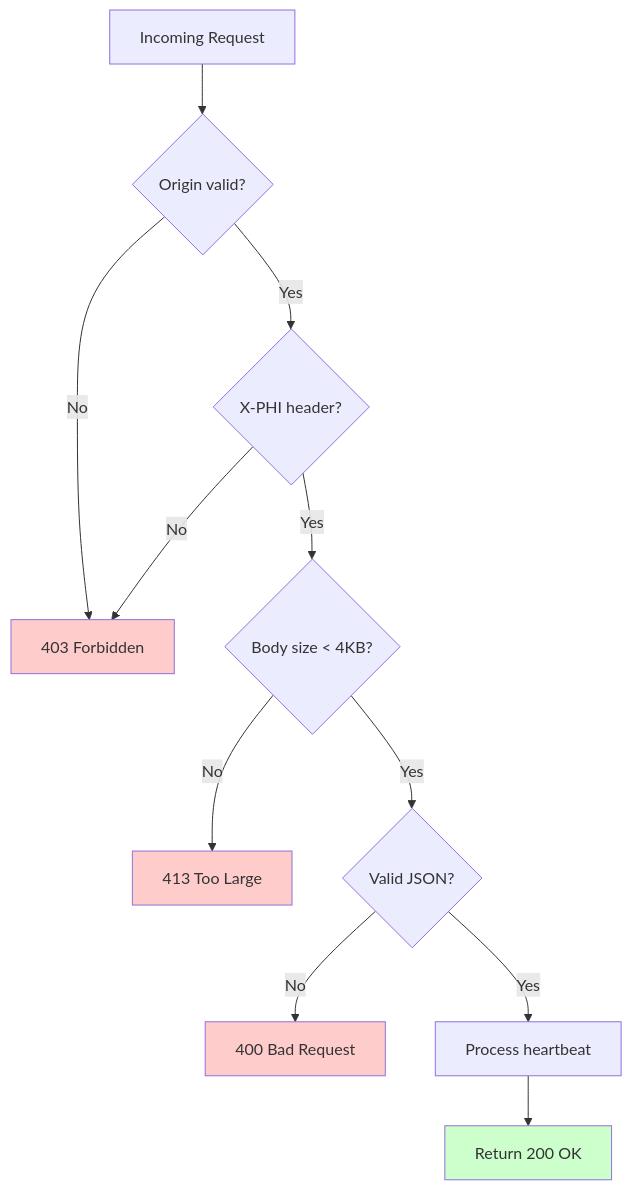
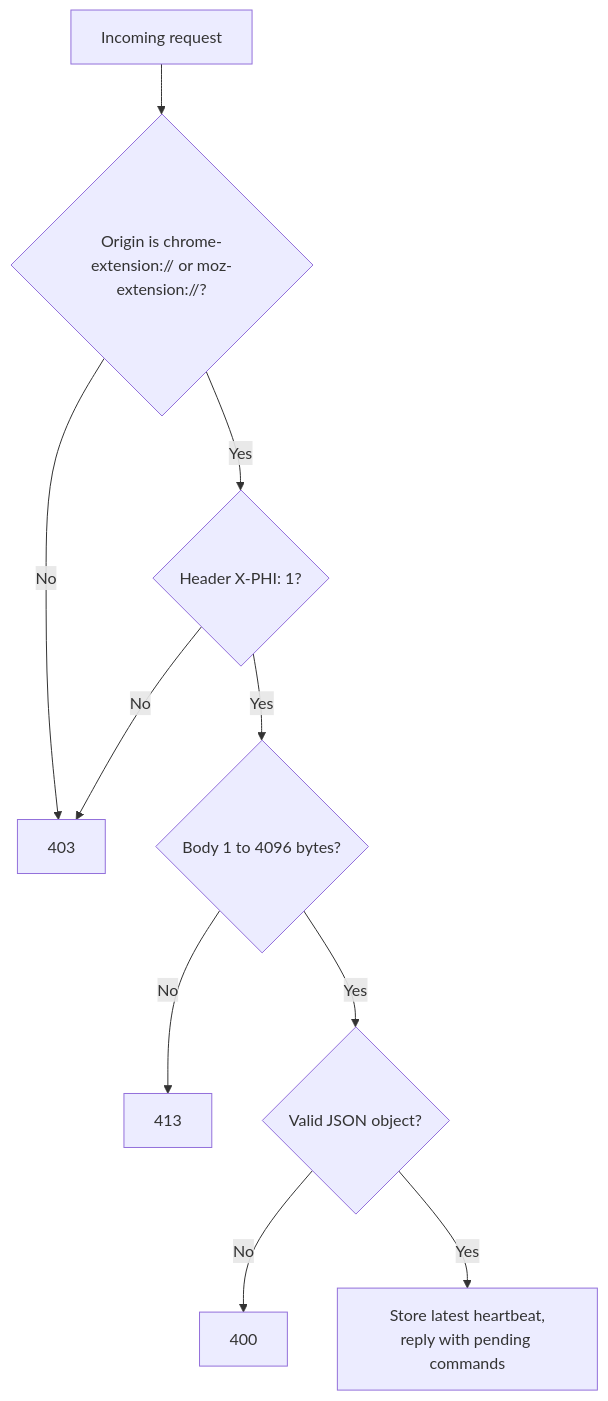
The ninth of 9 diagrams in README.md (Abubakkar-Khan/PHI), drawn with Mermaid before and after one commit. The commit also changed other lines of this file and 9 other files, not shown here.

````diff
--- a/README.md
+++ b/README.md
@@ -663,18 +458,12 @@
 ```mermaid
 flowchart TD
-    A[Incoming Request] --> B{Origin valid?}
-    B -->|No| C[403 Forbidden]
-    B -->|Yes| D{X-PHI header?}
+    A["Incoming request"] --> B{"Origin is chrome-extension:// or moz-extension://?"}
+    B -->|No| C["403"]
+    B -->|Yes| D{"Header X-PHI: 1?"}
     D -->|No| C
-    D -->|Yes| E{Body size < 4KB?}
-    E -->|No| F[413 Too Large]
-    E -->|Yes| G{Valid JSON?}
-    G -->|No| H[400 Bad Request]
-    G -->|Yes| I[Process heartbeat]
-    I --> J[Return 200 OK]
-    
-    style C fill:#ffcccc
-    style F fill:#ffcccc
-    style H fill:#ffcccc
-    style J fill:#ccffcc
+    D -->|Yes| E{"Body 1 to 4096 bytes?"}
+    E -->|No| F["413"]
+    E -->|Yes| G{"Valid JSON object?"}
+    G -->|No| H["400"]
+    G -->|Yes| I["Store latest heartbeat,<br/>reply with pending commands"]
 ```
````
